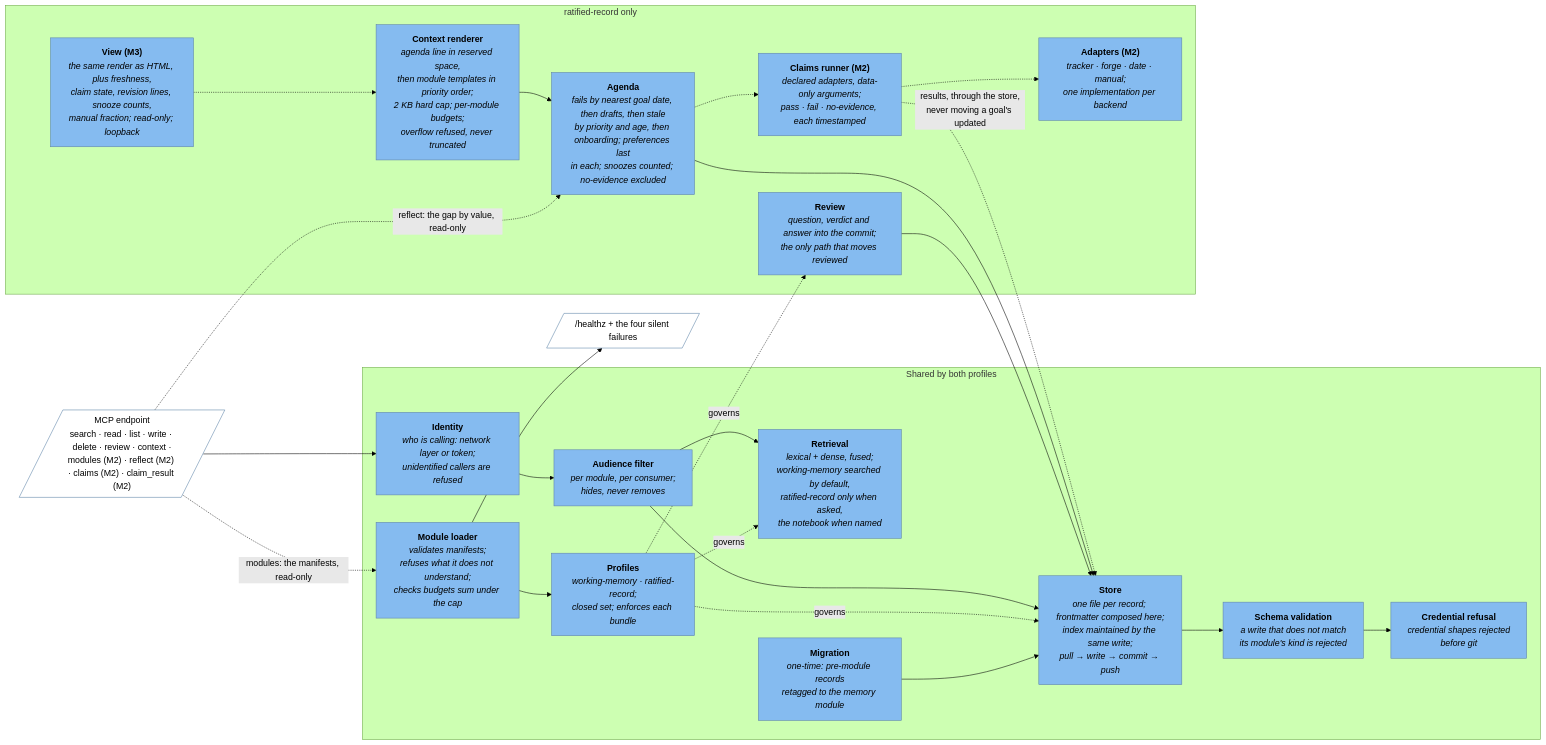
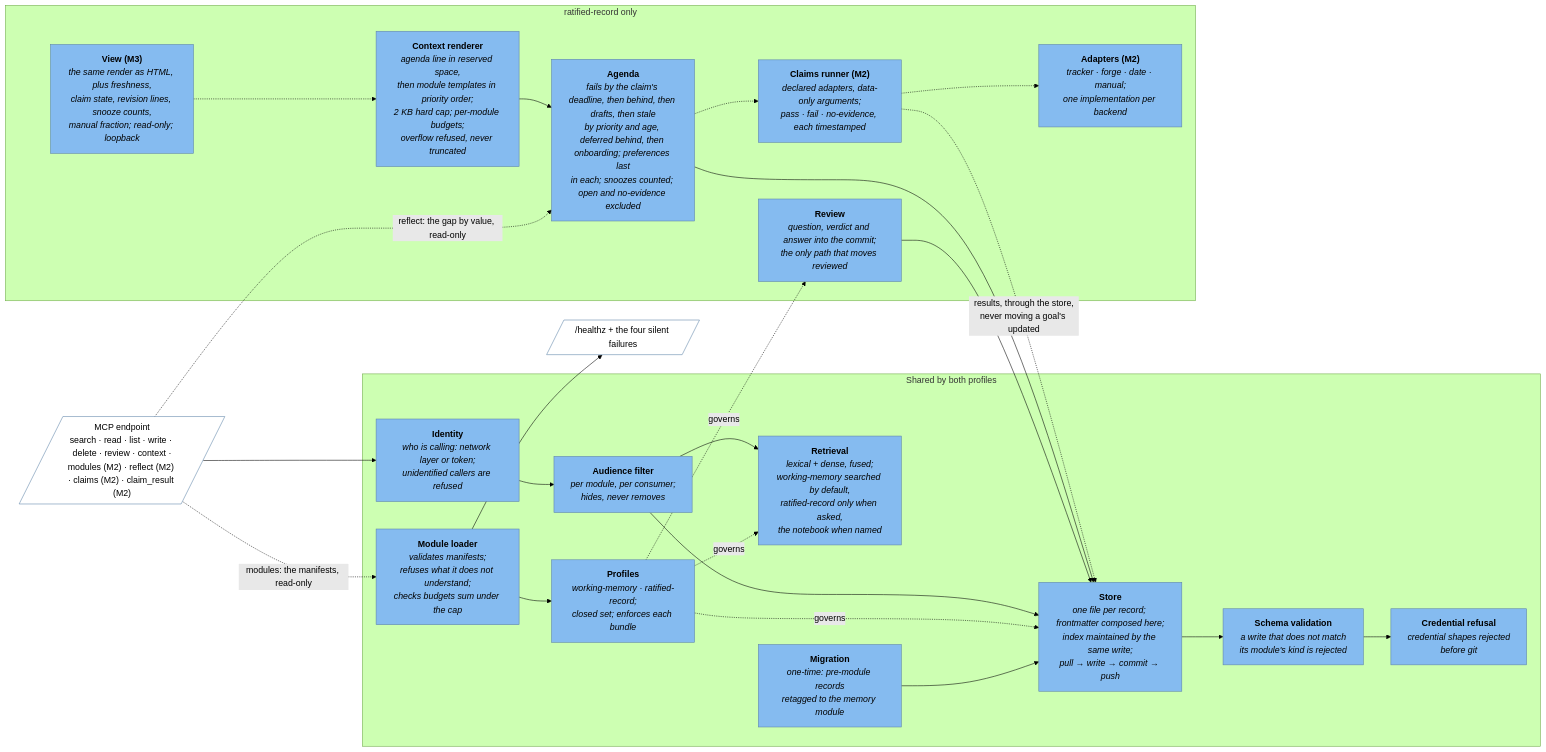
The third of 4 diagrams in docs/personal-context-system-c4.md (allanschon/brabeus), drawn with Mermaid (forest theme) before and after one commit. The commit also changed other lines of this file and 9 other files, not shown here.

````diff
--- a/docs/personal-context-system-c4.md
+++ b/docs/personal-context-system-c4.md
@@ -144,51 +144,51 @@
 ```mermaid
 flowchart LR
     subgraph shared ["Shared by both profiles"]
         identity["<b>Identity</b><br/><i>who is calling: network layer or token;<br/>unidentified callers are refused</i>"]
         audience["<b>Audience filter</b><br/><i>per module, per consumer;<br/>hides, never removes</i>"]
         profiles["<b>Profiles</b><br/><i>working-memory · ratified-record;<br/>closed set; enforces each bundle</i>"]
         modloader["<b>Module loader</b><br/><i>validates manifests;<br/>refuses what it does not understand;<br/>checks budgets sum under the cap</i>"]
         schema["<b>Schema validation</b><br/><i>a write that does not match<br/>its module's kind is rejected</i>"]
         credref["<b>Credential refusal</b><br/><i>credential shapes rejected<br/>before git</i>"]
         store["<b>Store</b><br/><i>one file per record; frontmatter composed here;<br/>index maintained by the same write;<br/>pull → write → commit → push</i>"]
         retrieval["<b>Retrieval</b><br/><i>lexical + dense, fused;<br/>working-memory searched by default,<br/>ratified-record only when asked,<br/>the notebook when named</i>"]
         migrate["<b>Migration</b><br/><i>one-time: pre-module records<br/>retagged to the memory module</i>"]
     end
 
     subgraph ratified ["ratified-record only"]
         review["<b>Review</b><br/><i>question, verdict and answer into the commit;<br/>the only path that moves reviewed</i>"]
         claims["<b>Claims runner (M2)</b><br/><i>declared adapters, data-only arguments;<br/>pass · fail · no-evidence, each timestamped</i>"]
         adapters["<b>Adapters (M2)</b><br/><i>tracker · forge · date · manual;<br/>one implementation per backend</i>"]
-        agenda["<b>Agenda</b><br/><i>fails by nearest goal date, then drafts, then stale<br/>by priority and age, then onboarding; preferences last<br/>in each; snoozes counted; no-evidence excluded</i>"]
+        agenda["<b>Agenda</b><br/><i>fails by the claim's deadline, then behind, then drafts, then stale<br/>by priority and age, deferred behind, then onboarding; preferences last<br/>in each; snoozes counted; open and no-evidence excluded</i>"]
         context["<b>Context renderer</b><br/><i>agenda line in reserved space,<br/>then module templates in priority order;<br/>2 KB hard cap; per-module budgets;<br/>overflow refused, never truncated</i>"]
         view["<b>View (M3)</b><br/><i>the same render as HTML, plus freshness,<br/>claim state, revision lines, snooze counts,<br/>manual fraction; read-only; loopback</i>"]
     end
 
     mcp[/"MCP endpoint<br/>search · read · list · write · delete · review · context ·<br/>modules (M2) · reflect (M2) · claims (M2) · claim_result (M2)"/]
     health[/"/healthz + the four silent failures"/]
 
     mcp --> identity --> audience
     audience --> retrieval
     audience --> store
     store --> schema --> credref
     modloader --> profiles
     profiles -. "governs" .-> store
     profiles -. "governs" .-> retrieval
     profiles -. "governs" .-> review
     claims -.-> adapters
     claims -. "results, through the store,<br/>never moving a goal's updated" .-> store
     agenda -.-> claims
     agenda --> store
     context --> agenda
     view -.-> context
     review --> store
     migrate --> store
     modloader --> health
     mcp -. "modules: the manifests, read-only" .-> modloader
     mcp -. "reflect: the gap by value, read-only" .-> agenda
 
     classDef comp fill:#85bbf0,stroke:#5d82a8,color:#000
     classDef iface fill:#fff,stroke:#5d82a8,color:#000
     class identity,audience,profiles,modloader,schema,credref,store,retrieval,migrate,review,claims,adapters,agenda,context,view comp
     class mcp,health iface
 ```
````
